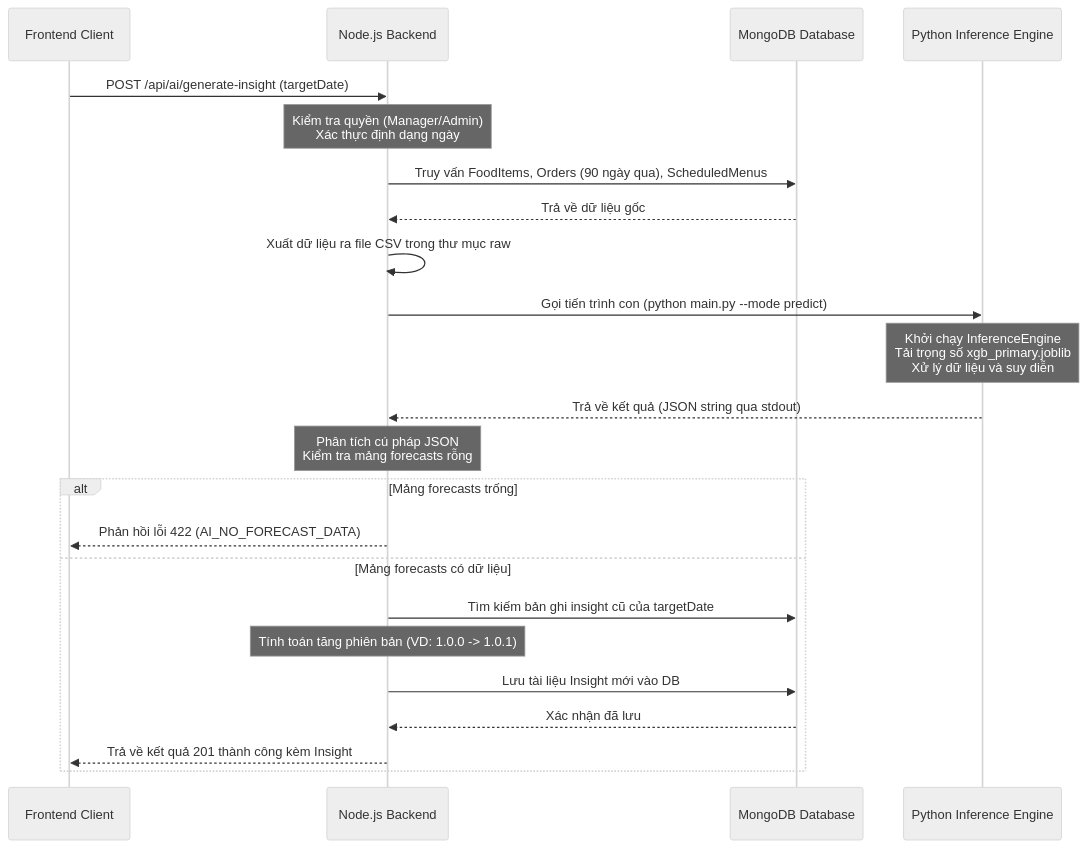
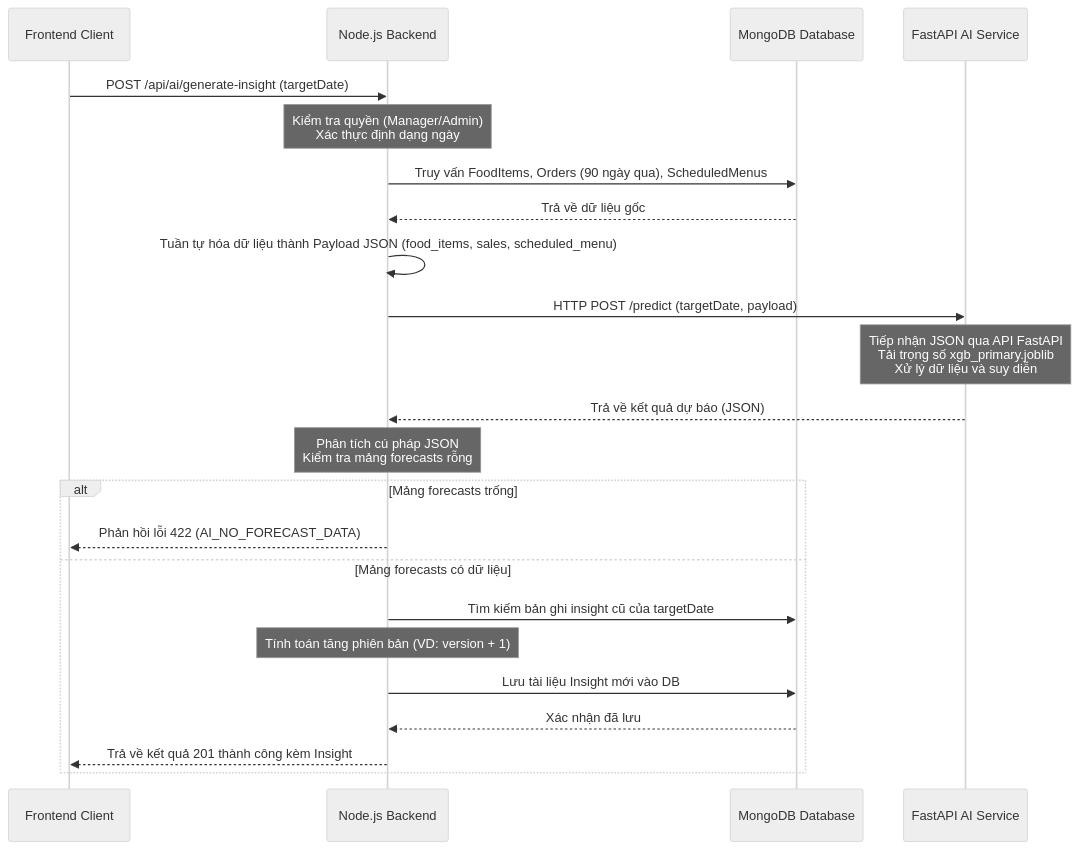
The diagram in THESIS_REPORT_AI_MODULE.md (Summer2026SDN302/research-by-learning-project-snd302_project_group2), drawn with Mermaid (neutral theme) before and after one commit. The commit also changed other lines of this file and 4 other files, not shown here.

````diff
--- a/THESIS_REPORT_AI_MODULE.md
+++ b/THESIS_REPORT_AI_MODULE.md
@@ -75,26 +75,26 @@
 ```mermaid
 sequenceDiagram
     participant FE as Frontend Client
     participant BE as Node.js Backend
     participant DB as MongoDB Database
-    participant Py as Python Inference Engine
+    participant Py as FastAPI AI Service
 
     FE->>BE: POST /api/ai/generate-insight (targetDate)
     Note over BE: Kiểm tra quyền (Manager/Admin)<br/>Xác thực định dạng ngày
     BE->>DB: Truy vấn FoodItems, Orders (90 ngày qua), ScheduledMenus
     DB-->>BE: Trả về dữ liệu gốc
-    BE->>BE: Xuất dữ liệu ra file CSV trong thư mục raw
-    BE->>Py: Gọi tiến trình con (python main.py --mode predict)
-    Note over Py: Khởi chạy InferenceEngine<br/>Tải trọng số xgb_primary.joblib<br/>Xử lý dữ liệu và suy diễn
-    Py-->>BE: Trả về kết quả (JSON string qua stdout)
+    BE->>BE: Tuần tự hóa dữ liệu thành Payload JSON (food_items, sales, scheduled_menu)
+    BE->>Py: HTTP POST /predict (targetDate, payload)
+    Note over Py: Tiếp nhận JSON qua API FastAPI<br/>Tải trọng số xgb_primary.joblib<br/>Xử lý dữ liệu và suy diễn
+    Py-->>BE: Trả về kết quả dự báo (JSON)
     Note over BE: Phân tích cú pháp JSON<br/>Kiểm tra mảng forecasts rỗng
     alt Mảng forecasts trống
         BE-->>FE: Phản hồi lỗi 422 (AI_NO_FORECAST_DATA)
     else Mảng forecasts có dữ liệu
         BE->>DB: Tìm kiếm bản ghi insight cũ của targetDate
-        Note over BE: Tính toán tăng phiên bản (VD: 1.0.0 -> 1.0.1)
+        Note over BE: Tính toán tăng phiên bản (VD: version + 1)
         BE->>DB: Lưu tài liệu Insight mới vào DB
         DB-->>BE: Xác nhận đã lưu
         BE-->>FE: Trả về kết quả 201 thành công kèm Insight
     end
 ```
````
